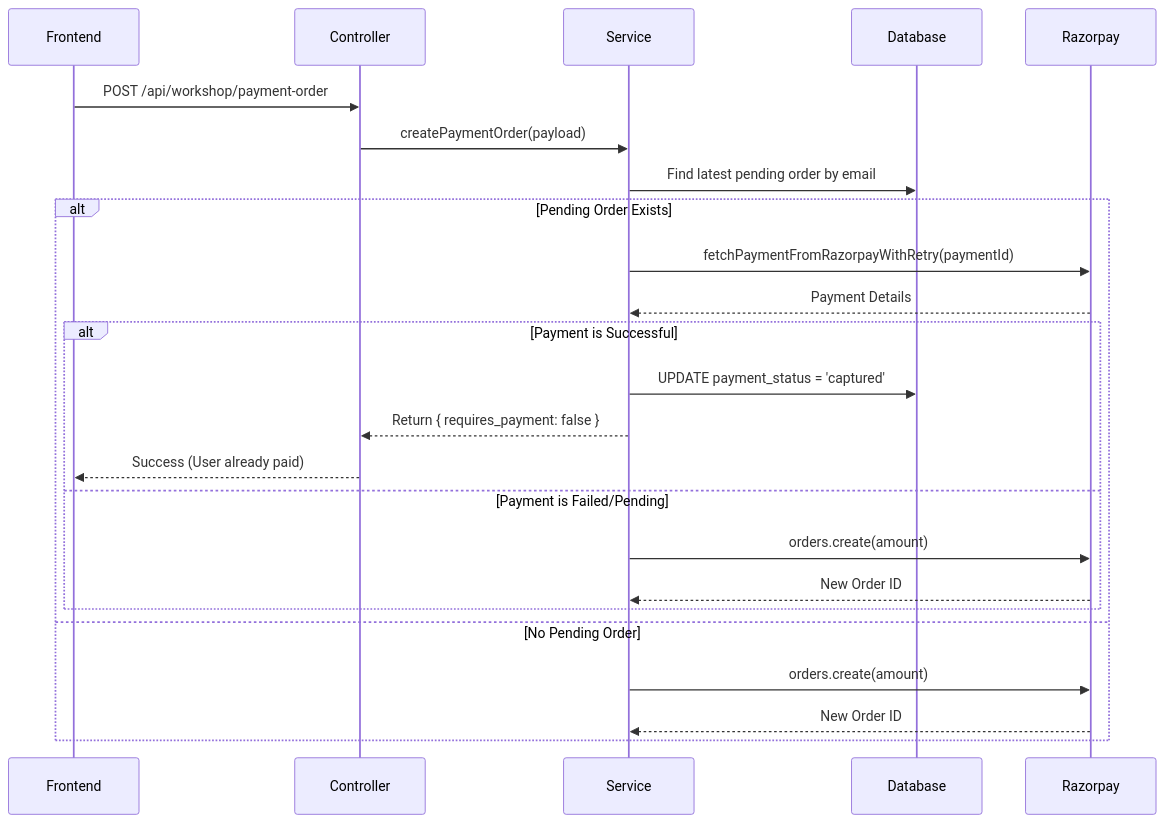
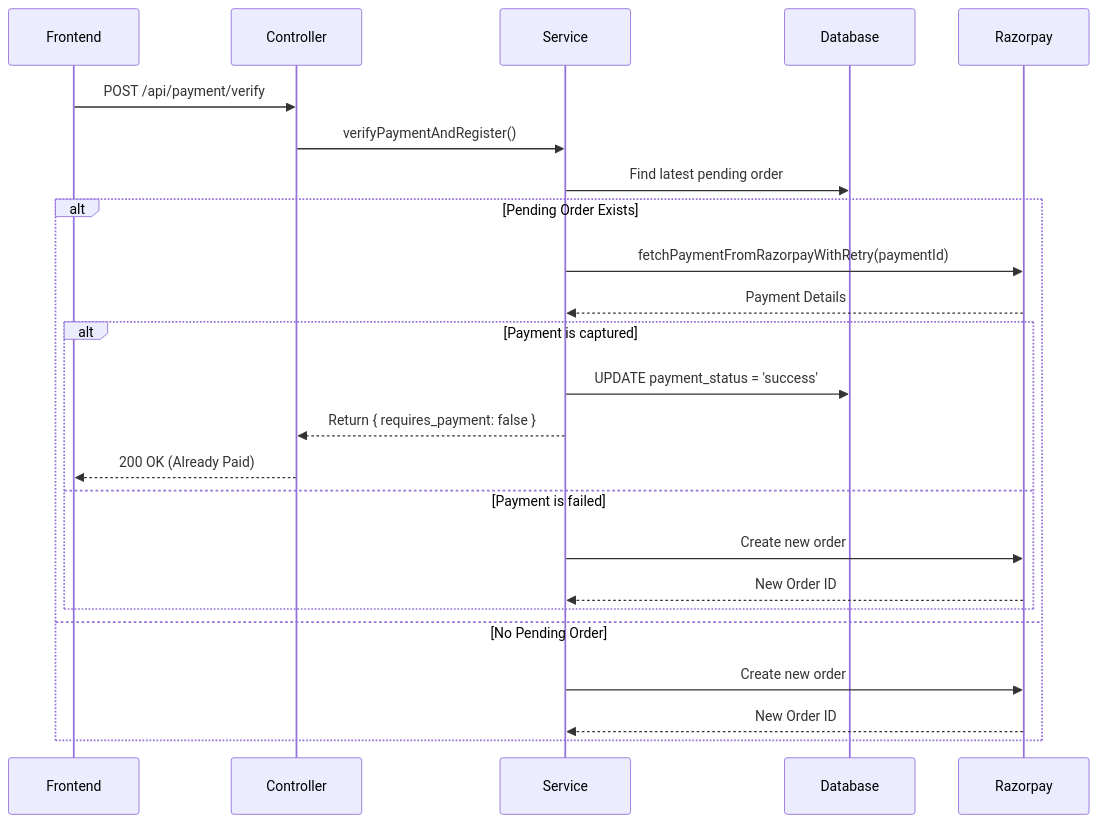
Before and after one commit to deepa11042004/Auth-Backend: the second of 4 diagrams in Documentation/Business_Logic_Doc.md, drawn with Mermaid. The commit also changed other lines of this file, not shown here.

````diff
--- a/Documentation/Business_Logic_Doc.md
+++ b/Documentation/Business_Logic_Doc.md
@@ -58,27 +118,27 @@
 ```mermaid
 sequenceDiagram
     participant Frontend
     participant Controller
     participant Service
     participant Database
     participant Razorpay
 
-    Frontend->>Controller: POST /api/workshop/payment-order
-    Controller->>Service: createPaymentOrder(payload)
-    Service->>Database: Find latest pending order by email
+    Frontend->>Controller: POST /api/payment/verify
+    Controller->>Service: verifyPaymentAndRegister()
+    Service->>Database: Find latest pending order
     alt Pending Order Exists
         Service->>Razorpay: fetchPaymentFromRazorpayWithRetry(paymentId)
         Razorpay-->>Service: Payment Details
-        alt Payment is Successful
-            Service->>Database: UPDATE payment_status = 'captured'
+        alt Payment is captured
+            Service->>Database: UPDATE payment_status = 'success'
             Service-->>Controller: Return { requires_payment: false }
-            Controller-->>Frontend: Success (User already paid)
-        else Payment is Failed/Pending
-            Service->>Razorpay: orders.create(amount)
+            Controller-->>Frontend: 200 OK (Already Paid)
+        else Payment is failed
+            Service->>Razorpay: Create new order
             Razorpay-->>Service: New Order ID
         end
     else No Pending Order
-        Service->>Razorpay: orders.create(amount)
+        Service->>Razorpay: Create new order
         Razorpay-->>Service: New Order ID
     end
 ```
````
